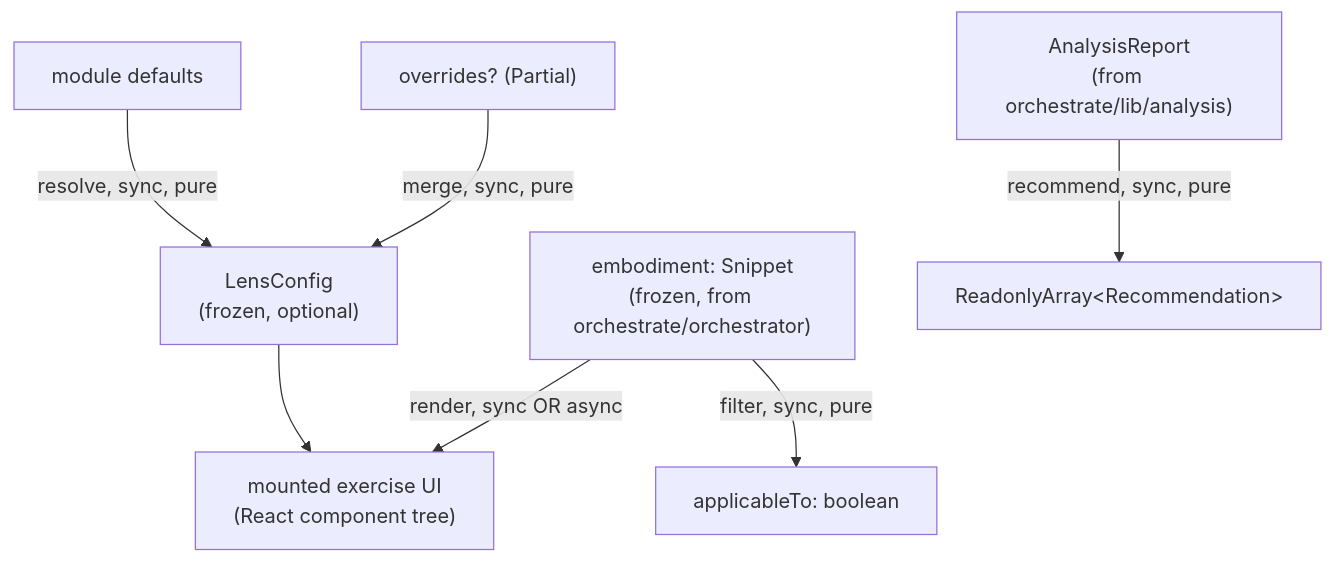
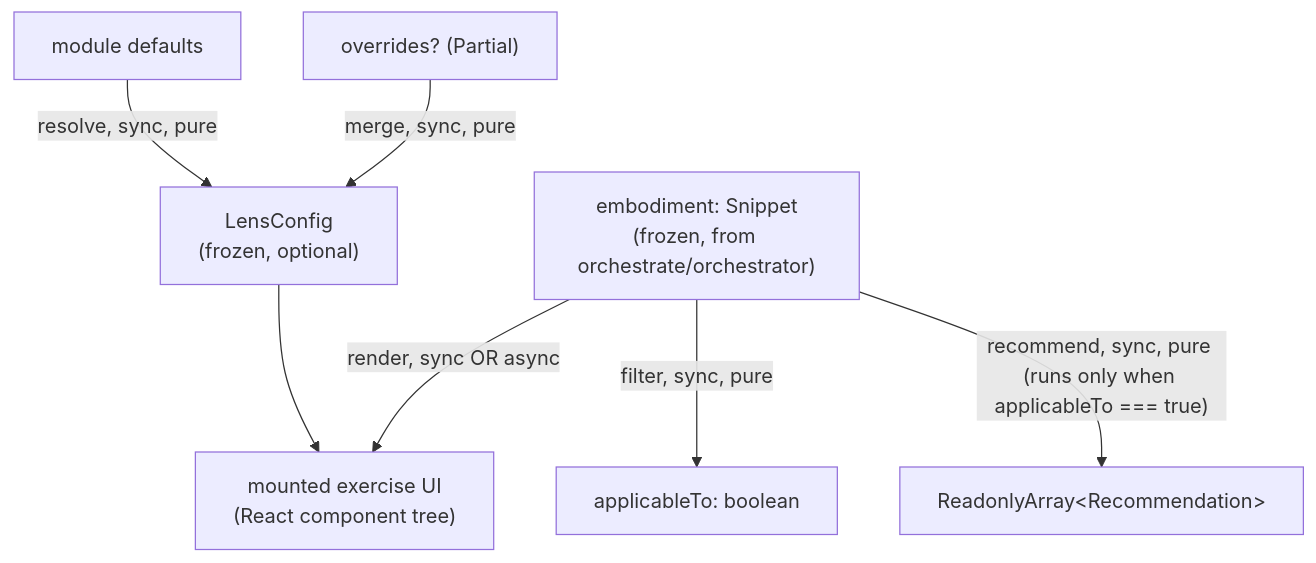
Before and after one commit to codeschoolinabox/curricula: the diagram in src/lib/welcome-to-programming/just-enough/javascript/lenses/DOCS.md, drawn with Mermaid. The commit also changed other lines of this file and 14 other files, not shown here.

````diff
--- a/src/lib/welcome-to-programming/just-enough/javascript/lenses/DOCS.md
+++ b/src/lib/welcome-to-programming/just-enough/javascript/lenses/DOCS.md
@@ -79,16 +82,16 @@
 ```mermaid
 flowchart TD
     Embodiment["embodiment: Snippet<br/>(frozen, from orchestrate/orchestrator)"]
     Cfg["LensConfig<br/>(frozen, optional)"]
     Defaults["module defaults"]
     Overrides["overrides? (Partial)"]
 
     Defaults -->|"resolve, sync, pure"| Cfg
     Overrides -->|"merge, sync, pure"| Cfg
 
     Cfg --> ExerciseUI["mounted exercise UI<br/>(React component tree)"]
     Embodiment -->|"render, sync OR async"| ExerciseUI
 
     Embodiment -->|"filter, sync, pure"| Applicable["applicableTo: boolean"]
-    Analysis["AnalysisReport<br/>(from orchestrate/lib/analysis)"] -->|"recommend, sync, pure"| Recs["ReadonlyArray&lt;Recommendation&gt;"]
+    Embodiment -->|"recommend, sync, pure (runs only when applicableTo === true)"| Recs["ReadonlyArray&lt;Recommendation&gt;"]
 ```
````
